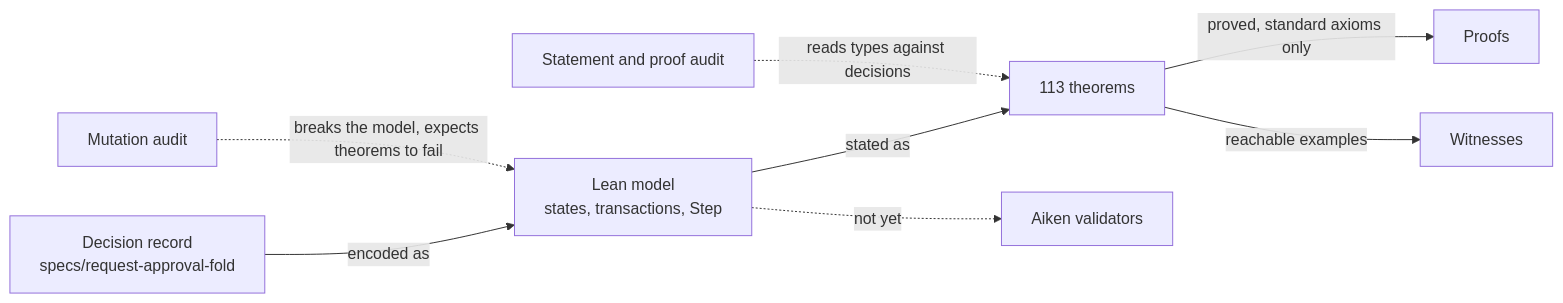
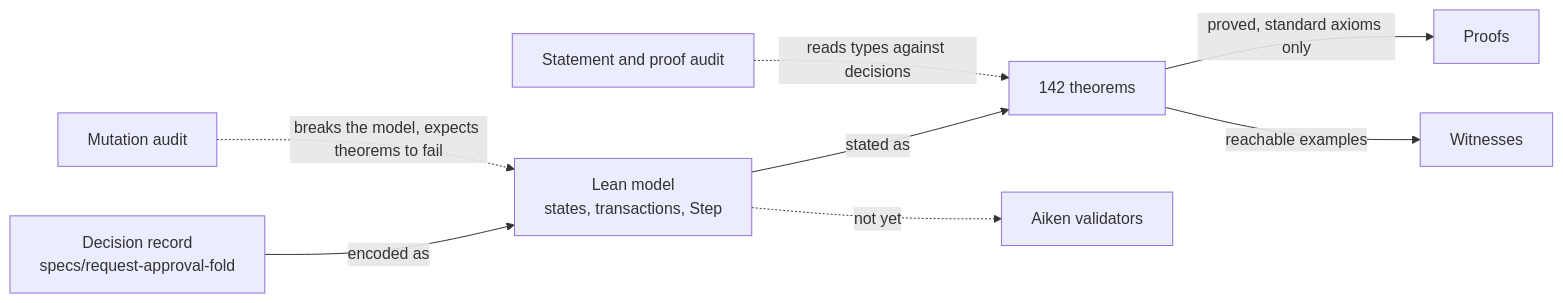
One commit to cardano-foundation/cardano-mpfs-onchain changed the first of 5 diagrams in docs/design/registries/formal-model.md. Above: the diagram before and after it, drawn with Mermaid. The commit also changed other lines of this file and 2 other files, not shown here.

Commit message:
docs: registry model with fee balances and its audits

````diff
--- a/docs/design/registries/formal-model.md
+++ b/docs/design/registries/formal-model.md
@@ -17,10 +17,10 @@
 ```mermaid
 flowchart LR
   decisions["Decision record<br/>specs/request-approval-fold"] -- "encoded as" --> model["Lean model<br/>states, transactions, Step"]
-  model -- "stated as" --> theorems["113 theorems"]
+  model -- "stated as" --> theorems["142 theorems"]
   theorems -- "proved, standard axioms only" --> proofs["Proofs"]
   theorems -- "reachable examples" --> witnesses["Witnesses"]
   audit1["Statement and proof audit"] -. "reads types against decisions" .-> theorems
   audit2["Mutation audit"] -. "breaks the model, expects theorems to fail" .-> model
   model -. "not yet" .-> validators["Aiken validators"]
 ```
````
